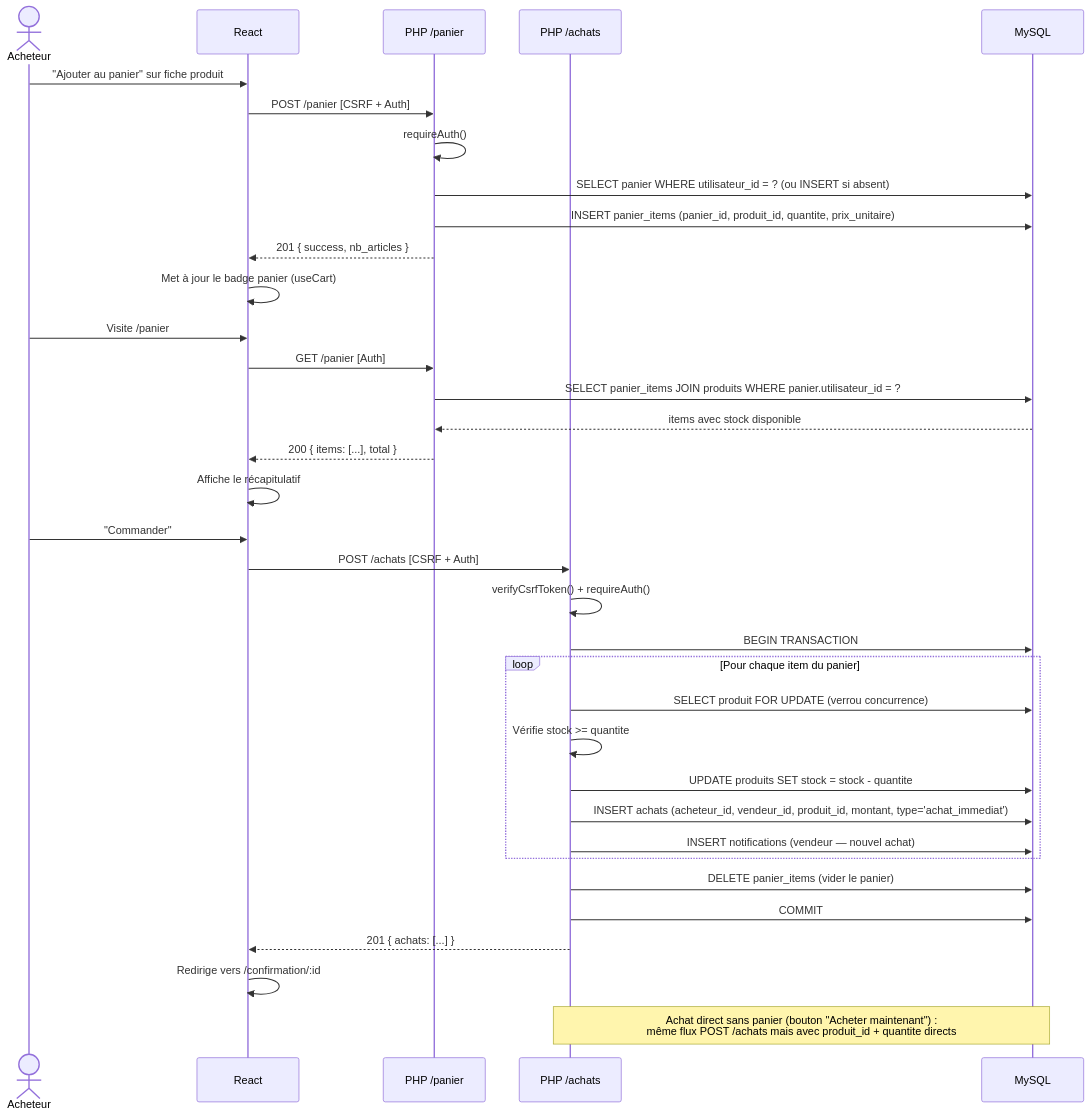
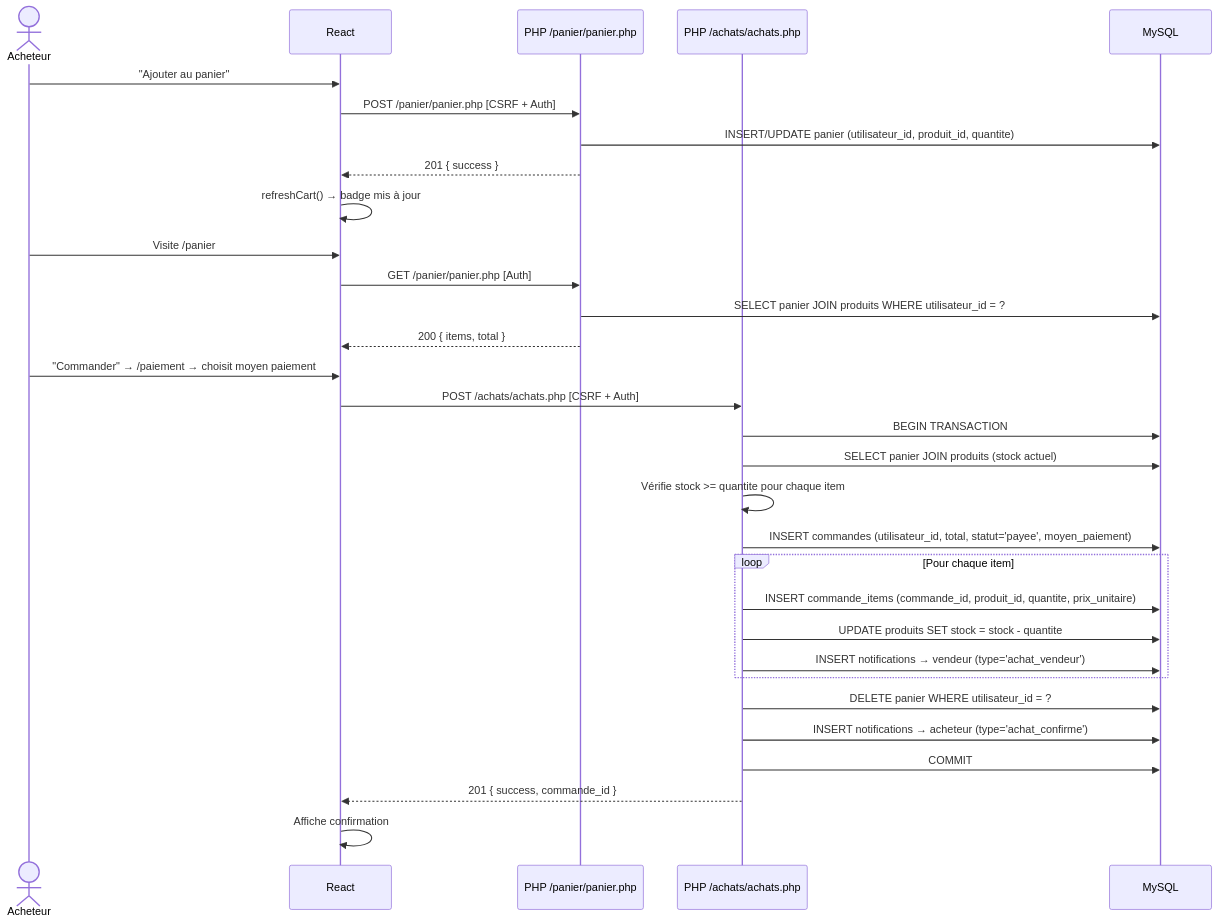
The fifth of 13 diagrams in docs/architecture.md (zendarc147/Mercato-Nova), drawn with Mermaid before and after one commit. The commit also changed other lines of this file and 33 other files, not shown here.

Commit message:
feat: intégration finale livrable 2 — pages, API, notifications, profil, admin

````diff
--- a/docs/architecture.md
+++ b/docs/architecture.md
@@ -194,41 +232,36 @@
 ```mermaid
 sequenceDiagram
     actor U as Acheteur
     participant F as React
-    participant API_PAN as PHP /panier
-    participant API_ACH as PHP /achats
+    participant API_PAN as PHP /panier/panier.php
+    participant API_ACH as PHP /achats/achats.php
     participant DB as MySQL
 
-    U->>F: "Ajouter au panier" sur fiche produit
-    F->>API_PAN: POST /panier  [CSRF + Auth]
-    API_PAN->>API_PAN: requireAuth()
-    API_PAN->>DB: SELECT panier WHERE utilisateur_id = ? (ou INSERT si absent)
-    API_PAN->>DB: INSERT panier_items (panier_id, produit_id, quantite, prix_unitaire)
-    API_PAN-->>F: 201 { success, nb_articles }
-    F->>F: Met à jour le badge panier (useCart)
+    U->>F: "Ajouter au panier"
+    F->>API_PAN: POST /panier/panier.php  [CSRF + Auth]
+    API_PAN->>DB: INSERT/UPDATE panier (utilisateur_id, produit_id, quantite)
+    API_PAN-->>F: 201 { success }
+    F->>F: refreshCart() → badge mis à jour
 
     U->>F: Visite /panier
-    F->>API_PAN: GET /panier  [Auth]
-    API_PAN->>DB: SELECT panier_items JOIN produits WHERE panier.utilisateur_id = ?
-    DB-->>API_PAN: items avec stock disponible
-    API_PAN-->>F: 200 { items: [...], total }
-    F->>F: Affiche le récapitulatif
+    F->>API_PAN: GET /panier/panier.php  [Auth]
+    API_PAN->>DB: SELECT panier JOIN produits WHERE utilisateur_id = ?
+    API_PAN-->>F: 200 { items, total }
 
-    U->>F: "Commander"
-    F->>API_ACH: POST /achats  [CSRF + Auth]
-    API_ACH->>API_ACH: verifyCsrfToken() + requireAuth()
+    U->>F: "Commander" → /paiement → choisit moyen paiement
+    F->>API_ACH: POST /achats/achats.php  [CSRF + Auth]
     API_ACH->>DB: BEGIN TRANSACTION
-    loop Pour chaque item du panier
-        API_ACH->>DB: SELECT produit FOR UPDATE (verrou concurrence)
-        API_ACH->>API_ACH: Vérifie stock >= quantite
+    API_ACH->>DB: SELECT panier JOIN produits (stock actuel)
+    API_ACH->>API_ACH: Vérifie stock >= quantite pour chaque item
+    API_ACH->>DB: INSERT commandes (utilisateur_id, total, statut='payee', moyen_paiement)
+    loop Pour chaque item
+        API_ACH->>DB: INSERT commande_items (commande_id, produit_id, quantite, prix_unitaire)
         API_ACH->>DB: UPDATE produits SET stock = stock - quantite
-        API_ACH->>DB: INSERT achats (acheteur_id, vendeur_id, produit_id, montant, type='achat_immediat')
-        API_ACH->>DB: INSERT notifications (vendeur — nouvel achat)
+        API_ACH->>DB: INSERT notifications → vendeur (type='achat_vendeur')
     end
-    API_ACH->>DB: DELETE panier_items (vider le panier)
+    API_ACH->>DB: DELETE panier WHERE utilisateur_id = ?
+    API_ACH->>DB: INSERT notifications → acheteur (type='achat_confirme')
     API_ACH->>DB: COMMIT
-    API_ACH-->>F: 201 { achats: [...] }
-    F->>F: Redirige vers /confirmation/:id
-
-    Note over API_ACH,DB: Achat direct sans panier (bouton "Acheter maintenant") :<br/>même flux POST /achats mais avec produit_id + quantite directs
+    API_ACH-->>F: 201 { success, commande_id }
+    F->>F: Affiche confirmation
 ```
````
